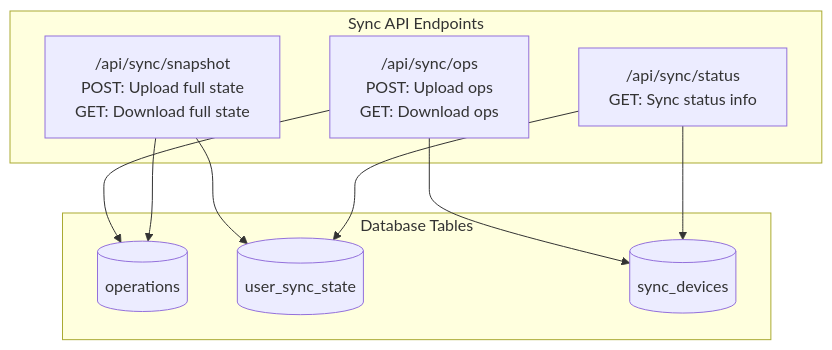
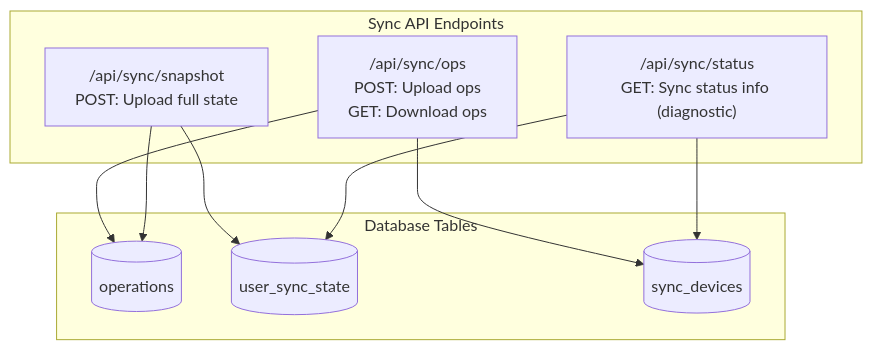
The eighth of 28 diagrams in packages/super-sync-server/sync-server-architecture-diagrams.md (Swastik023/offline-productivity-desktop), drawn with Mermaid before and after one commit. The commit also changed other lines of this file and 10 other files, not shown here.

First line of the commit message:
refactor: retire GET /api/sync/snapshot, re-scope GET /api/sync/status as diagnostic (#8496)

````diff
--- a/packages/super-sync-server/sync-server-architecture-diagrams.md
+++ b/packages/super-sync-server/sync-server-architecture-diagrams.md
@@ -268,21 +268,21 @@
 ```mermaid
 flowchart TB
     subgraph Endpoints["Sync API Endpoints"]
         OpsEndpoint["/api/sync/ops<br/>POST: Upload ops<br/>GET: Download ops"]
-        SnapshotEndpoint["/api/sync/snapshot<br/>POST: Upload full state<br/>GET: Download full state"]
-        StatusEndpoint["/api/sync/status<br/>GET: Sync status info"]
+        SnapshotEndpoint["/api/sync/snapshot<br/>POST: Upload full state"]
+        StatusEndpoint["/api/sync/status<br/>GET: Sync status info (diagnostic)"]
     end
 
     subgraph Tables["Database Tables"]
         OpsTable[(operations)]
         StateTable[(user_sync_state)]
         DevicesTable[(sync_devices)]
     end
 
     OpsEndpoint --> OpsTable
     OpsEndpoint --> DevicesTable
     SnapshotEndpoint --> StateTable
     SnapshotEndpoint --> OpsTable
     StatusEndpoint --> StateTable
     StatusEndpoint --> DevicesTable
 ```
````
